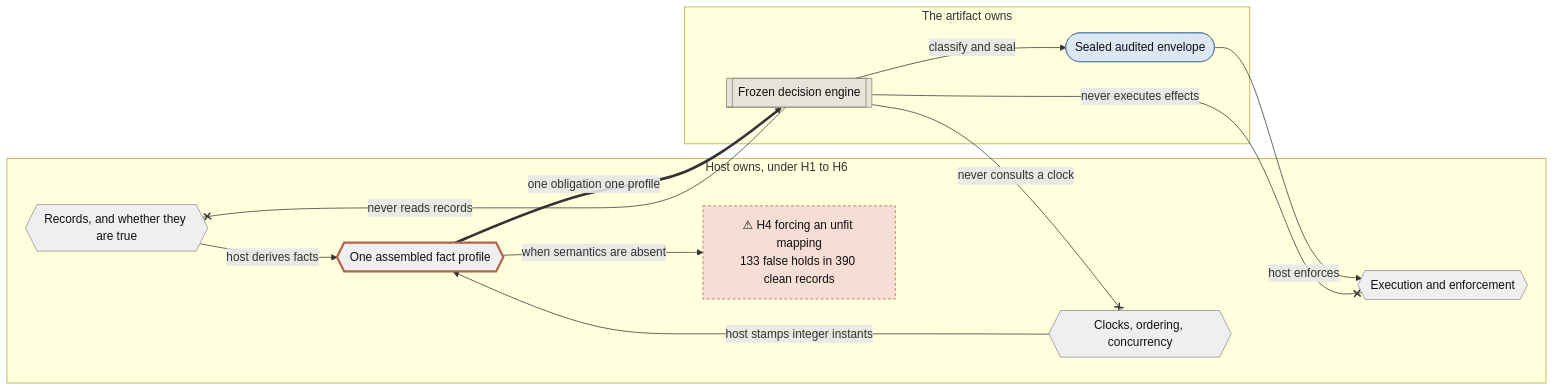
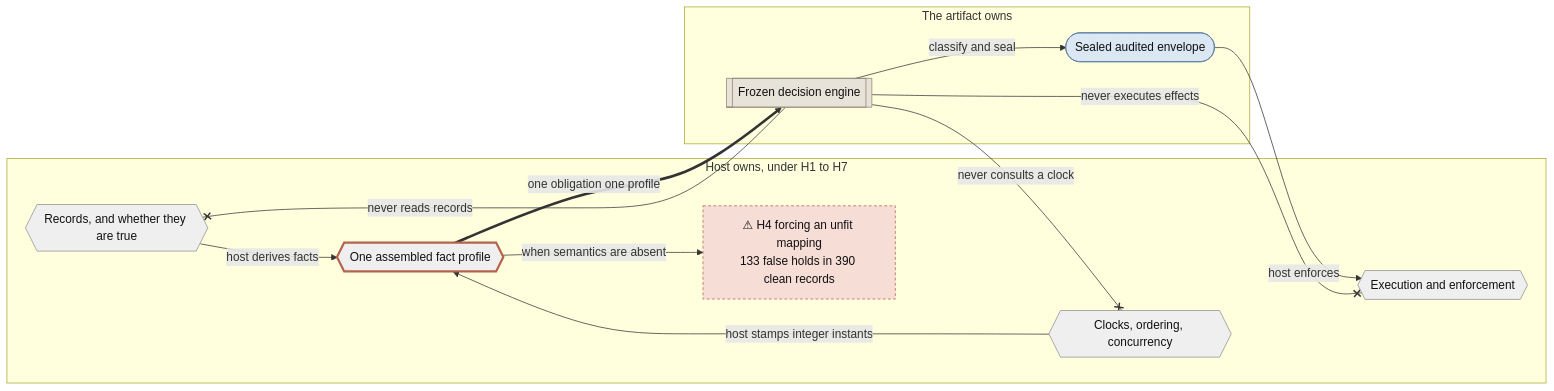
Before and after one commit to JamesDimachkie/receiver-reliance: the first of 11 diagrams in DIAGRAMS.md, drawn with Mermaid. The commit also changed 6 other files, not shown here.

````diff
--- a/DIAGRAMS.md
+++ b/DIAGRAMS.md
@@ -85,42 +85,42 @@
 ```mermaid
 flowchart LR
   accTitle: The division of labour between host and engine
   accDescr: The host retrieves records, stamps integer instants and assembles one fact profile per obligation, and the engine classifies that account and seals it while never reading a record, consulting a clock, or executing an effect.
 
-  subgraph owned_host["Host owns, under H1 to H6"]
+  subgraph owned_host["Host owns, under H1 to H7"]
     records{{"Records, and whether they are true"}}
     clock{{"Clocks, ordering, concurrency"}}
     effects{{"Execution and enforcement"}}
     host{{"One assembled fact profile"}}
     gap_abstention["⚠ H4 forcing an unfit mapping<br/>133 false holds in 390 clean records"]
   end
 
   subgraph owned_engine["The artifact owns"]
     engine[["Frozen decision engine"]]
     envelope(["Sealed audited envelope"])
   end
 
   records -->|host derives facts| host
   clock -->|host stamps integer instants| host
   host ==>|one obligation one profile| engine
   engine -->|classify and seal| envelope
   envelope -->|host enforces| effects
   host -->|when semantics are absent| gap_abstention
   engine --x|never reads records| records
   engine --x|never consults a clock| clock
   engine --x|never executes effects| effects
 
   classDef live    fill:#dbe7f3,stroke:#5b7fa6,color:#111111
   classDef frozen  fill:#e8e3d9,stroke:#8a8172,color:#111111
   classDef harness fill:#e2ebe0,stroke:#6f8f6a,color:#111111
   classDef host    fill:#efefef,stroke:#8f8f8f,color:#111111
   classDef gap     fill:#f6ddd6,stroke:#b4634c,color:#111111,stroke-dasharray:4 3
   classDef focal   stroke:#b4634c,stroke-width:3px
 
   class records,clock,effects host
   class host host
   class host focal
   class engine frozen
   class envelope live
   class gap_abstention gap
 ```
````
